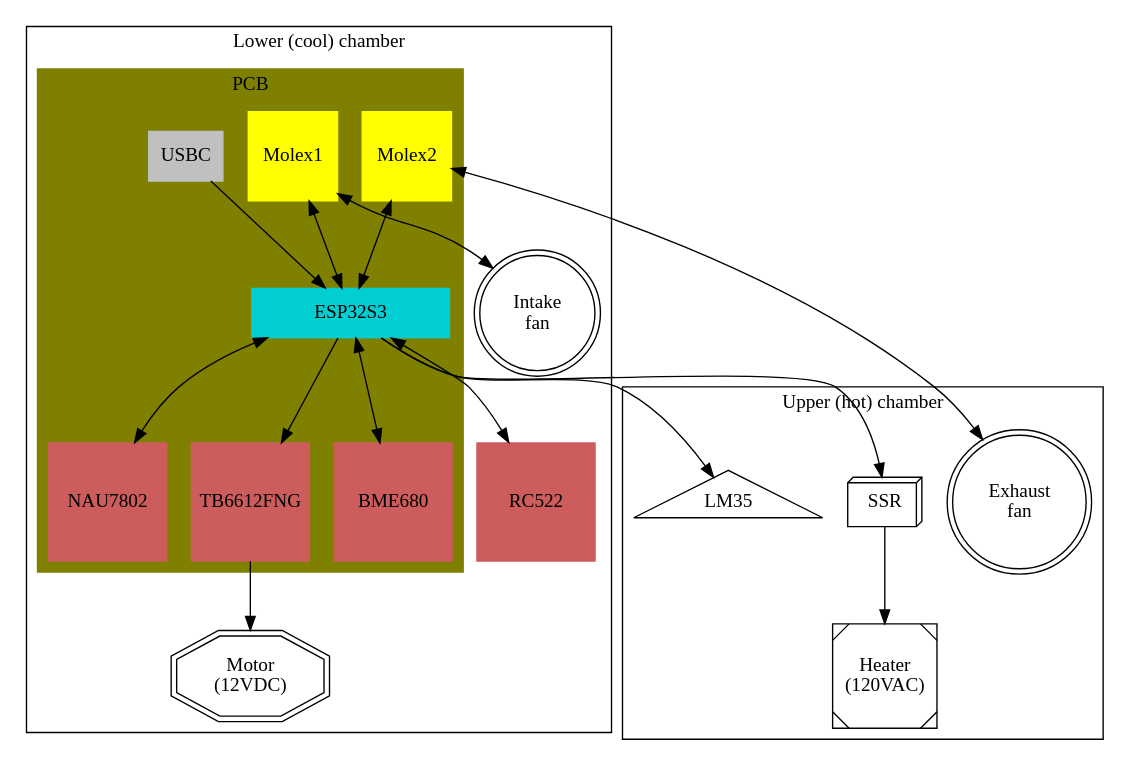
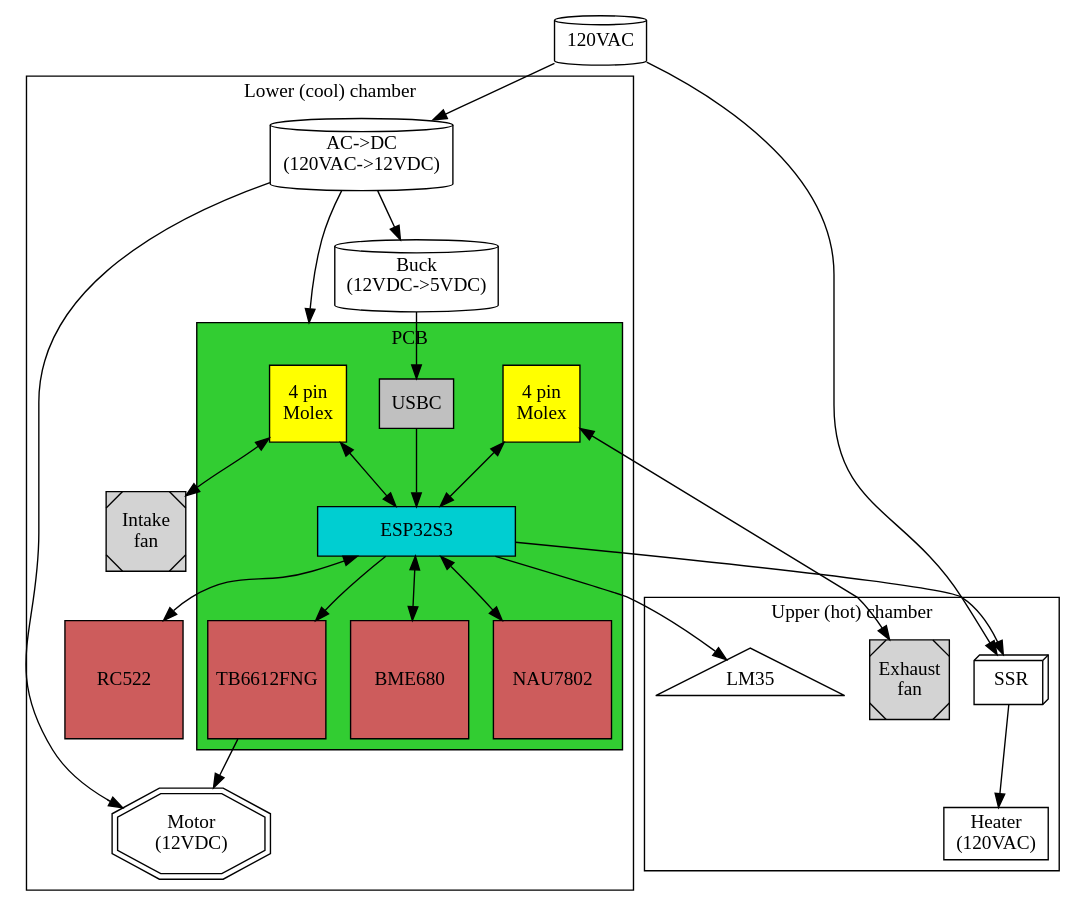
The diagram in blockdiagram.dot (dankamongmen/dankdryer), drawn with Graphviz before and after one commit.

Commit message:
finish out block diagram

```diff
--- a/blockdiagram.dot
+++ b/blockdiagram.dot
@@ -1,50 +1,59 @@
 digraph blockdiagram {
-
+  compound=true; // for links between subgraphs
   node [ fontname="Gentium Book Plus" ]
 
   subgraph clusterLower {
 
     subgraph clusterPCB {
       label = "PCB"
       style = filled
-      color = olive
-      ESP32S3 [ shape=rectangle width=2 fixedsize=true color=darkturquoise style=filled ]
-      Molex1  [ shape=square color=yellow style=filled ]
-      Molex2  [ shape=square color=yellow style=filled ]
-      TB6612FNG [ shape=square width=1.2 color=indianred style=filled fixedsize=true ]
-      BME680 [ shape=square width=1.2 color=indianred style=filled fixedsize=true ]
-      NAU7802 [ shape=square width=1.2 color=indianred style=filled fixedsize=true ]
-      USBC [ shape=rectangle color=silver style=filled ]
+      fillcolor = limegreen
+      ESP32S3 [ shape=rectangle width=2 fixedsize=true fillcolor=darkturquoise style=filled ]
+      Molex1  [ shape=square fillcolor=yellow style=filled label="4 pin\nMolex" ]
+      Molex2  [ shape=square fillcolor=yellow style=filled label="4 pin\nMolex" ]
+      TB6612FNG [ shape=square width=1.2 fillcolor=indianred style=filled fixedsize=true ]
+      BME680 [ shape=square width=1.2 fillcolor=indianred style=filled fixedsize=true ]
+      NAU7802 [ shape=square width=1.2 fillcolor=indianred style=filled fixedsize=true ]
+      USBC [ shape=rectangle fillcolor=silver style=filled ]
       Molex1 -> ESP32S3 [ dir=both ]
       Molex2 -> ESP32S3 [ dir=both ]
       USBC -> ESP32S3
       ESP32S3 -> TB6612FNG
       ESP32S3 -> BME680 [ dir=both ]
       ESP32S3 -> NAU7802 [ dir=both ]
     }
 
     Motor [ shape=doubleoctagon label="Motor\n(12VDC)" ]
-    Fan1 [ shape=doublecircle label="Intake\nfan" ]
+    Fan1 [ shape=Msquare width=0.8 label="Intake\nfan" bgcolor=black style=filled fixedsize=true ]
     TB6612FNG -> Motor
     label = "Lower (cool) chamber"
-    RC522 [ shape=square color=indianred style=filled width=1.2 fixedsize=true ]
+    RC522 [ shape=square fillcolor=indianred style=filled width=1.2 fixedsize=true ]
     ESP32S3 -> RC522 [ dir=both ]
-
+    ACAdapter [ shape=cylinder label="AC->DC\n(120VAC->12VDC)" ]
+    Buck [ shape=cylinder label="Buck\n(12VDC->5VDC)" ]
+    ACAdapter -> Buck
+    ACAdapter -> Motor
+    ACAdapter -> Molex1 [ lhead=clusterPCB ]
+    Buck -> USBC
   }
 
   subgraph clusterUpper {
 
-    Heater [ shape=Msquare label="Heater\n(120VAC)" ]
+    Heater [ shape=doublerectangle label="Heater\n(120VAC)" ]
     SSR [ shape=box3d ]
-    Fan2 [ shape=doublecircle label="Exhaust\nfan" ]
+    Fan2 [ shape=Msquare width=0.8 label="Exhaust\nfan" bgcolor=black style=filled fixedsize=true ]
     LM35 [ shape=triangle ]
     Molex1 -> Fan1 [ dir=both ]
     Molex2 -> Fan2 [ dir=both ]
     ESP32S3 -> SSR
     SSR -> Heater
     ESP32S3 -> LM35
     label = "Upper (hot) chamber"
 
   }
 
+  AC [ shape=cylinder label="120VAC" ]
+  AC -> SSR
+  AC -> ACAdapter
+
 }
```
